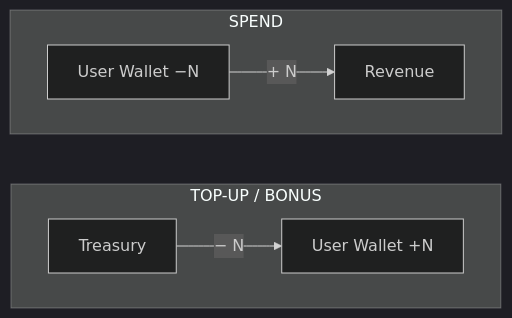
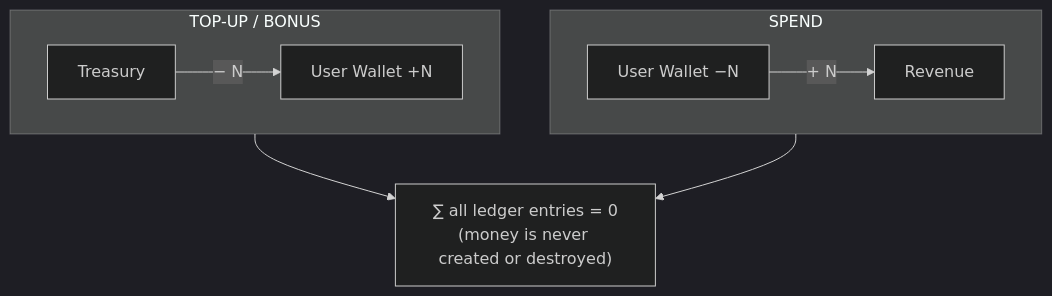
The diagram in README.md (spandanghosh/internal-wallet-service), drawn with Mermaid (dark theme) before and after one commit.

Commit message:
Mermaid edit

````diff
--- a/README.md
+++ b/README.md
@@ -337,12 +337,17 @@
 ```mermaid
-flowchart LR
+flowchart TD
     subgraph topup["TOP-UP / BONUS"]
         direction LR
         T["Treasury"] -->|"− N"| U1["User Wallet +N"]
     end
 
     subgraph spend["SPEND"]
         direction LR
         U2["User Wallet −N"] -->|"+ N"| R["Revenue"]
     end
+
+    INV["∑ all ledger entries = 0<br/>(money is never created or destroyed)"]
+
+    topup --> INV
+    spend --> INV
 ```
````
